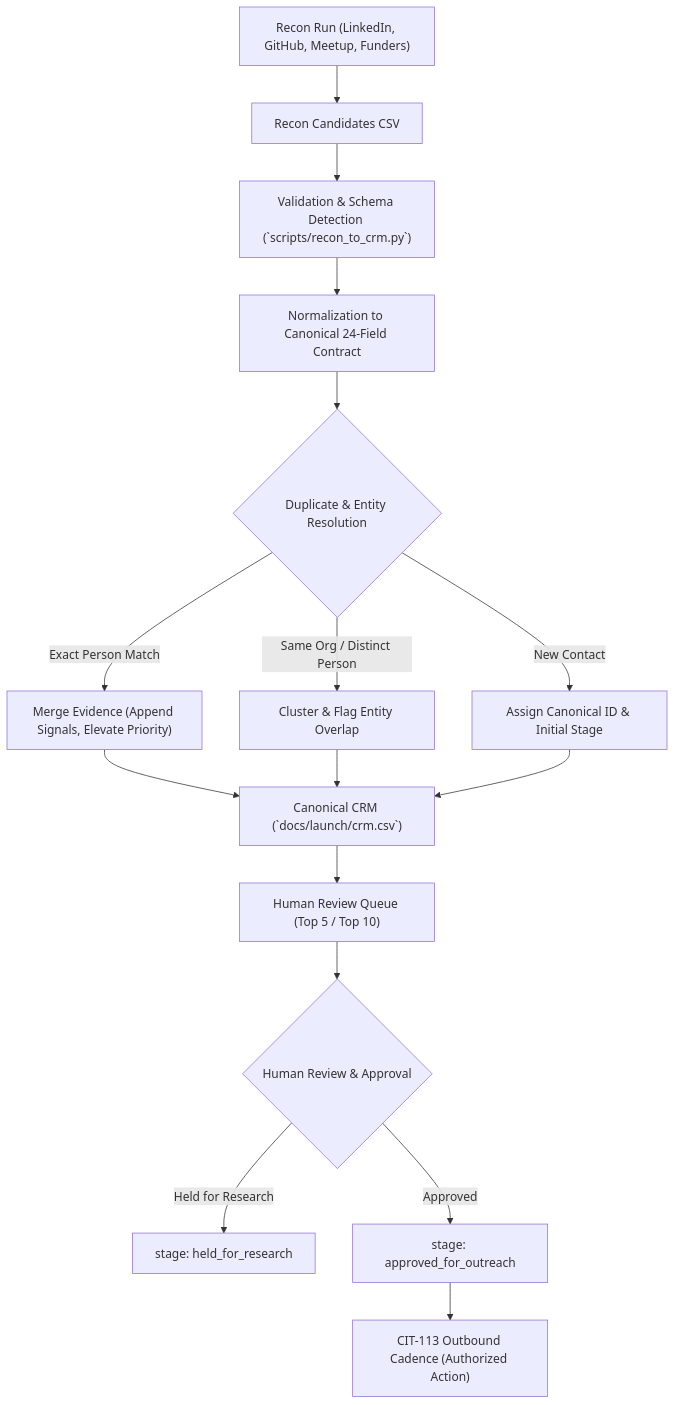
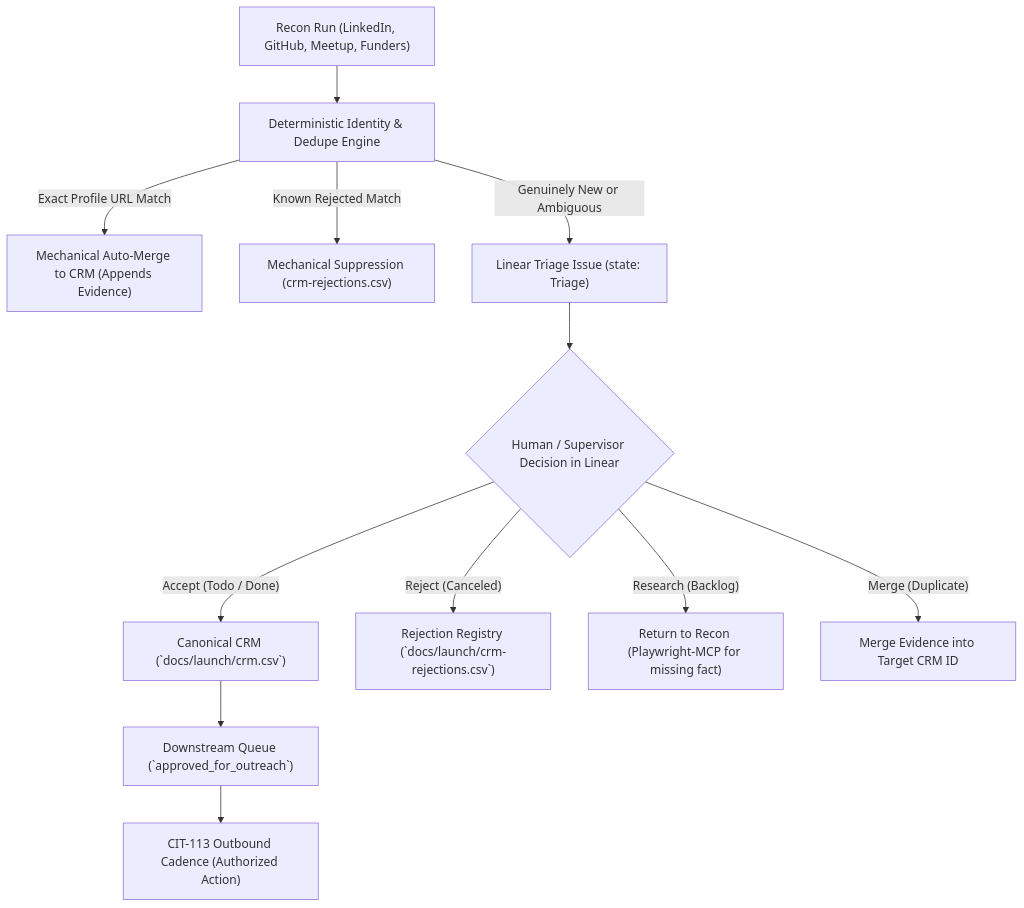
Before and after one commit to null-hype/agent-plugins: the diagram in docs/launch/recon-to-crm.md, drawn with Mermaid. The commit also changed other lines of this file and 5 other files, not shown here.

First line of the commit message:
CIT-186: use Linear triage for human decisions before CRM ingestion

````diff
--- a/docs/launch/recon-to-crm.md
+++ b/docs/launch/recon-to-crm.md
@@ -13,18 +19,16 @@
 ```mermaid
 flowchart TD
-    A["Recon Run (LinkedIn, GitHub, Meetup, Funders)"] --> B["Recon Candidates CSV"]
-    B --> C["Validation & Schema Detection (`scripts/recon_to_crm.py`)"]
-    C --> D["Normalization to Canonical 24-Field Contract"]
-    D --> E{"Duplicate & Entity Resolution"}
-    E -- "Exact Person Match" --> F["Merge Evidence (Append Signals, Elevate Priority)"]
-    E -- "Same Org / Distinct Person" --> G["Cluster & Flag Entity Overlap"]
-    E -- "New Contact" --> H["Assign Canonical ID & Initial Stage"]
-    F --> I["Canonical CRM (`docs/launch/crm.csv`)"]
-    G --> I
-    H --> I
-    I --> J["Human Review Queue (Top 5 / Top 10)"]
-    J --> K{"Human Review & Approval"}
-    K -- "Held for Research" --> L["stage: held_for_research"]
-    K -- "Approved" --> M["stage: approved_for_outreach"]
-    M --> N["CIT-113 Outbound Cadence (Authorized Action)"]
+    A["Recon Run (LinkedIn, GitHub, Meetup, Funders)"] --> B["Deterministic Identity & Dedupe Engine"]
+    B -- "Exact Profile URL Match" --> C["Mechanical Auto-Merge to CRM (Appends Evidence)"]
+    B -- "Known Rejected Match" --> D["Mechanical Suppression (crm-rejections.csv)"]
+    B -- "Genuinely New or Ambiguous" --> E["Linear Triage Issue (state: Triage)"]
+    
+    E --> F{"Human / Supervisor Decision in Linear"}
+    F -- "Accept (Todo / Done)" --> G["Canonical CRM (`docs/launch/crm.csv`)"]
+    F -- "Reject (Canceled)" --> H["Rejection Registry (`docs/launch/crm-rejections.csv`)"]
+    F -- "Research (Backlog)" --> I["Return to Recon (Playwright-MCP for missing fact)"]
+    F -- "Merge (Duplicate)" --> J["Merge Evidence into Target CRM ID"]
+
+    G --> K["Downstream Queue (`approved_for_outreach`)"]
+    K --> L["CIT-113 Outbound Cadence (Authorized Action)"]
 ```
````
